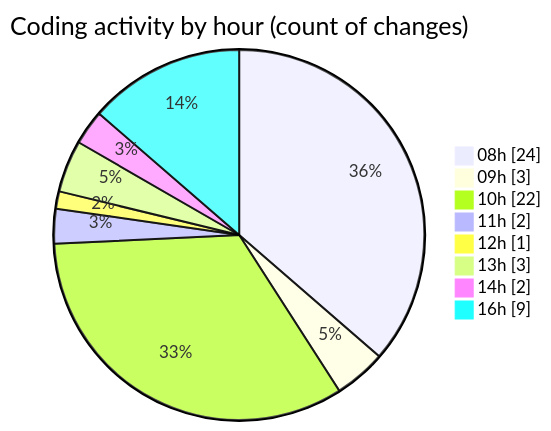
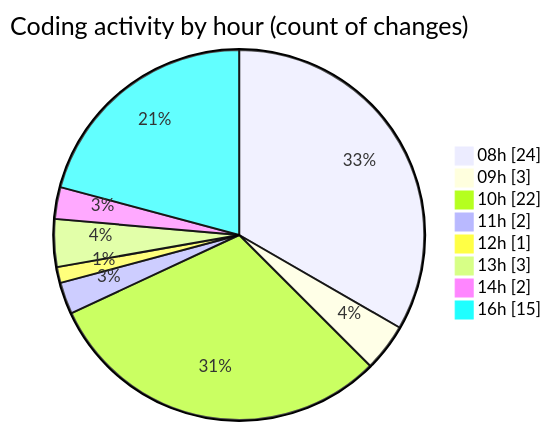
The second of 2 diagrams in 2025-11-07/eventscop-frontend-guide__workspace_/README.md (julien-gomy/code-tracking), drawn with Mermaid before and after one commit. The commit also changed other lines of this file and 1 other file, not shown here.

````diff
--- a/2025-11-07/eventscop-frontend-guide__workspace_/README.md
+++ b/2025-11-07/eventscop-frontend-guide__workspace_/README.md
@@ -54,12 +56,12 @@
 ```mermaid
 pie showData
 title Coding activity by hour (count of changes)
 "08h" : 24
 "09h" : 3
 "10h" : 22
 "11h" : 2
 "12h" : 1
 "13h" : 3
 "14h" : 2
-"16h" : 9
+"16h" : 15
 ```
````
